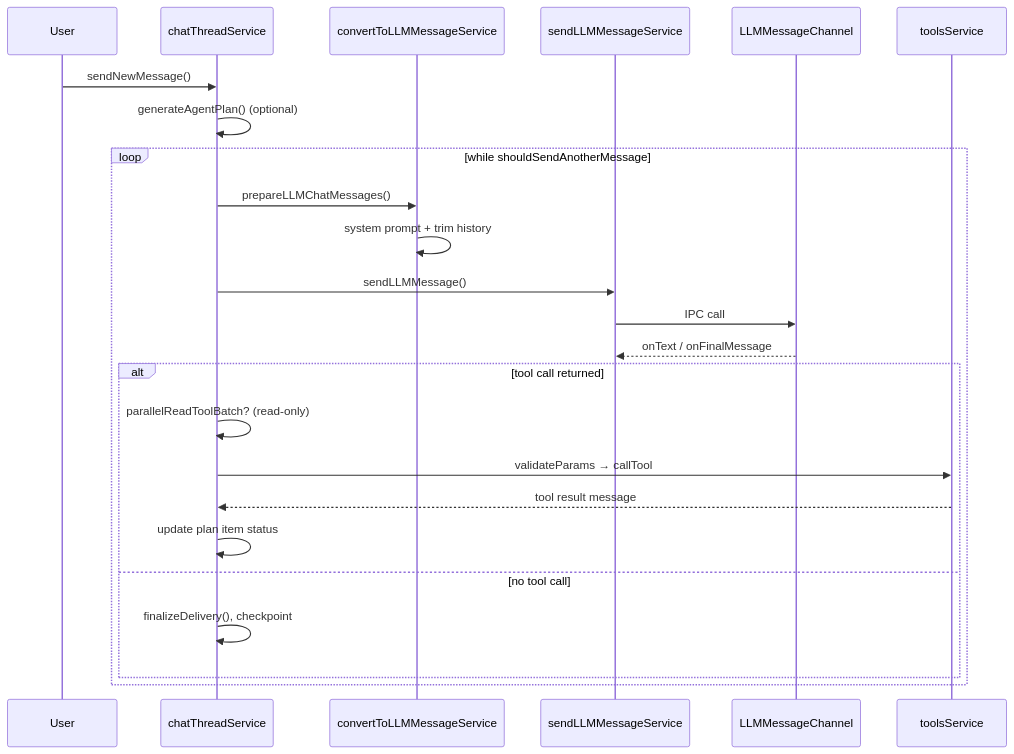
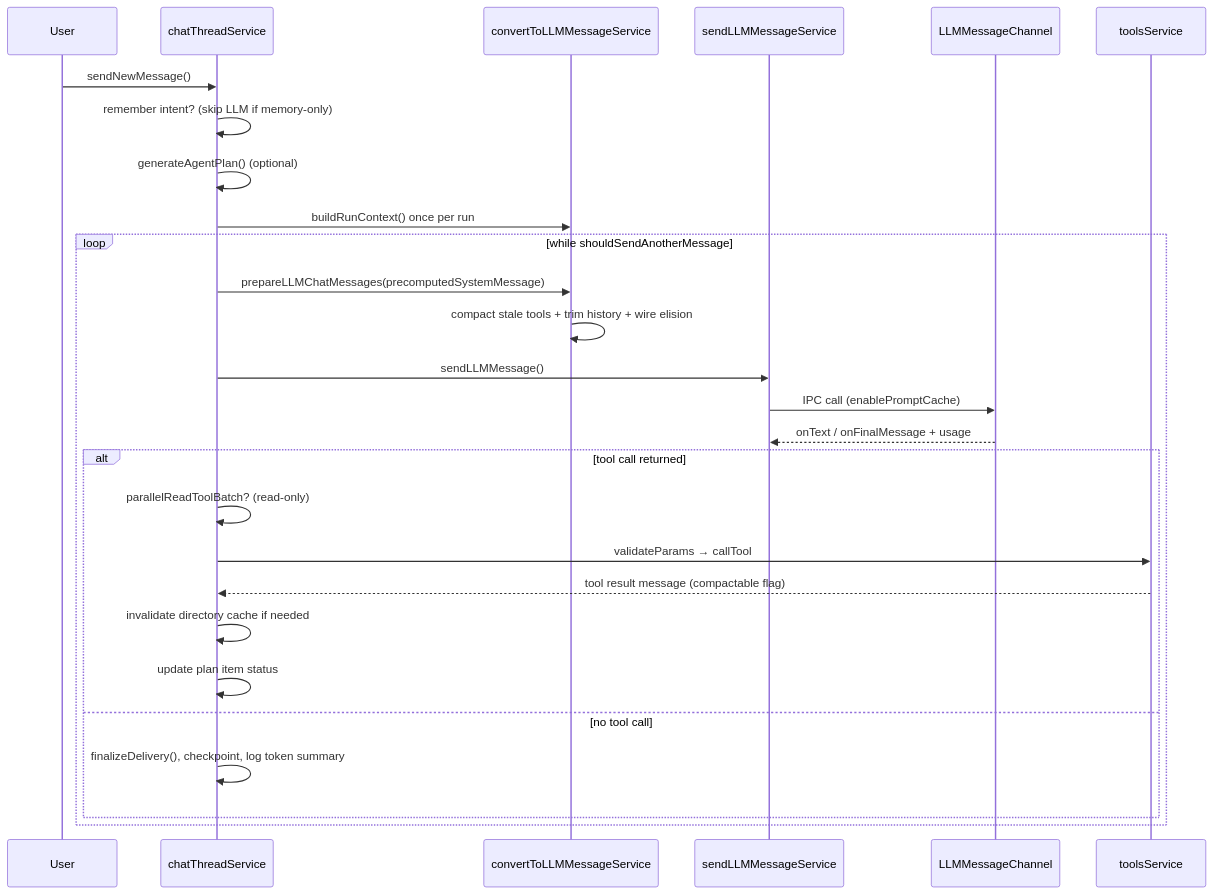
The diagram in ARCHITECTURE.md (hari8g/trove_v1), drawn with Mermaid before and after one commit. The commit also changed other lines of this file and 41 other files, not shown here.

````diff
--- a/ARCHITECTURE.md
+++ b/ARCHITECTURE.md
@@ -105,27 +120,30 @@
 ```mermaid
 sequenceDiagram
     participant User
     participant Chat as chatThreadService
     participant Convert as convertToLLMMessageService
     participant IPC as sendLLMMessageService
     participant Main as LLMMessageChannel
     participant Tools as toolsService
 
     User->>Chat: sendNewMessage()
+    Chat->>Chat: remember intent? (skip LLM if memory-only)
     Chat->>Chat: generateAgentPlan() (optional)
+    Chat->>Convert: buildRunContext() once per run
     loop while shouldSendAnotherMessage
-        Chat->>Convert: prepareLLMChatMessages()
-        Convert->>Convert: system prompt + trim history
+        Chat->>Convert: prepareLLMChatMessages(precomputedSystemMessage)
+        Convert->>Convert: compact stale tools + trim history + wire elision
         Chat->>IPC: sendLLMMessage()
-        IPC->>Main: IPC call
-        Main-->>IPC: onText / onFinalMessage
+        IPC->>Main: IPC call (enablePromptCache)
+        Main-->>IPC: onText / onFinalMessage + usage
         alt tool call returned
             Chat->>Chat: parallelReadToolBatch? (read-only)
             Chat->>Tools: validateParams → callTool
-            Tools-->>Chat: tool result message
+            Tools-->>Chat: tool result message (compactable flag)
+            Chat->>Chat: invalidate directory cache if needed
             Chat->>Chat: update plan item status
         else no tool call
-            Chat->>Chat: finalizeDelivery(), checkpoint
+            Chat->>Chat: finalizeDelivery(), checkpoint, log token summary
         end
     end
 ```
````
